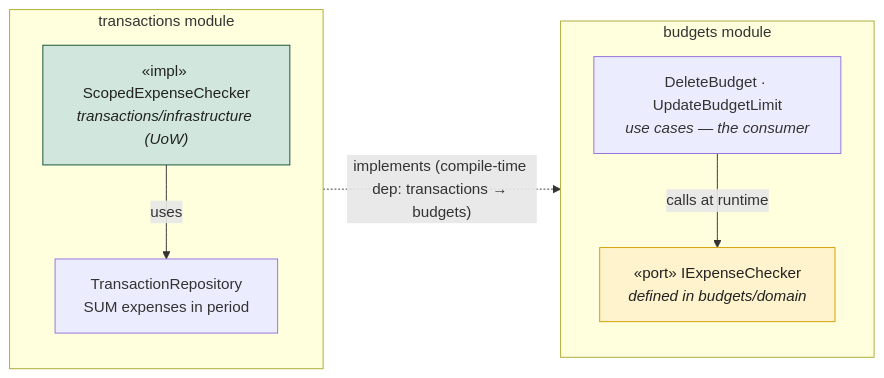
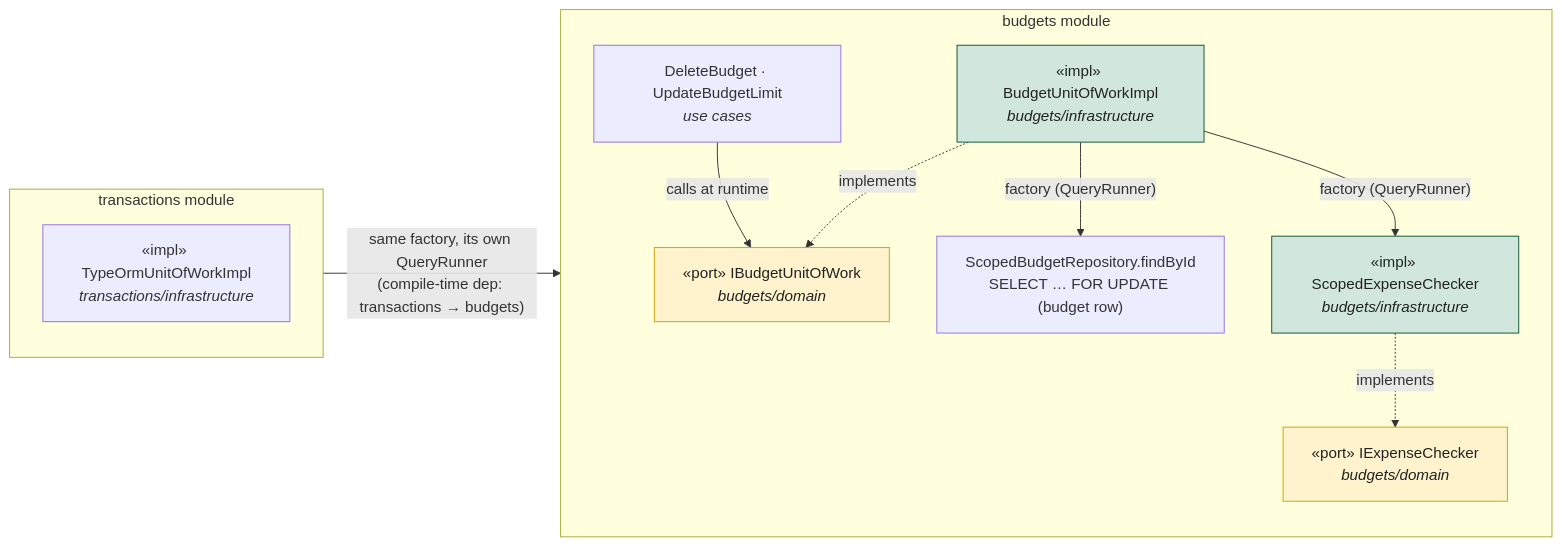
One commit to vicentera0957-arch/personal-finance-api changed the third of 6 diagrams in docs/architecture.md. Above: the diagram before and after it, drawn with Mermaid. The commit also changed other lines of this file and 14 other files, not shown here.

````diff
--- a/docs/architecture.md
+++ b/docs/architecture.md
@@ -102,23 +114,29 @@
 ```mermaid
 flowchart LR
     subgraph budgets["budgets module"]
         direction TB
-        BUC["DeleteBudget · UpdateBudgetLimit<br/><i>use cases — the consumer</i>"]
-        IEC["«port» IExpenseChecker<br/><i>defined in budgets/domain</i>"]
-        BUC -->|"calls at runtime"| IEC
+        BUC["DeleteBudget · UpdateBudgetLimit<br/><i>use cases</i>"]
+        IBU["«port» IBudgetUnitOfWork<br/><i>budgets/domain</i>"]
+        UOW["«impl» BudgetUnitOfWorkImpl<br/><i>budgets/infrastructure</i>"]
+        IEC["«port» IExpenseChecker<br/><i>budgets/domain</i>"]
+        ECI["«impl» ScopedExpenseChecker<br/><i>budgets/infrastructure</i>"]
+        BLOCK["ScopedBudgetRepository.findById<br/>SELECT … FOR UPDATE (budget row)"]
+        BUC -->|"calls at runtime"| IBU
+        UOW -.->|implements| IBU
+        UOW -->|"factory (QueryRunner)"| BLOCK
+        UOW -->|"factory (QueryRunner)"| ECI
+        ECI -.->|implements| IEC
     end
 
     subgraph transactions["transactions module"]
         direction TB
-        ECI["«impl» ScopedExpenseChecker<br/><i>transactions/infrastructure (UoW)</i>"]
-        TR["TransactionRepository<br/>SUM expenses in period"]
-        ECI -->|uses| TR
+        TUOW["«impl» TypeOrmUnitOfWorkImpl<br/><i>transactions/infrastructure</i>"]
     end
 
-    ECI -.->|"implements (compile-time dep: transactions → budgets)"| IEC
+    TUOW -->|"same factory, its own QueryRunner<br/>(compile-time dep: transactions → budgets)"| BLOCK
 
     classDef port fill:#fff3cd,stroke:#d39e00,color:#222;
     classDef impl fill:#d1e7dd,stroke:#0f5132,color:#222;
-    class IEC port
-    class ECI impl
+    class IBU,IEC port
+    class UOW,ECI impl
 ```
````
